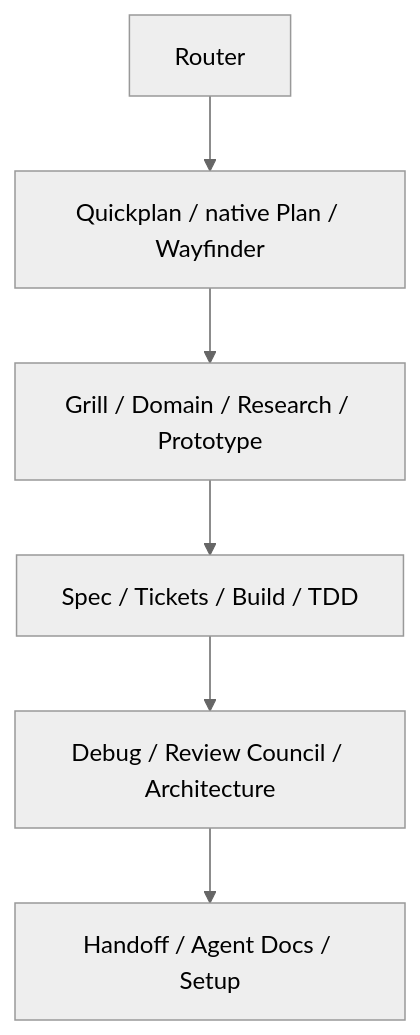
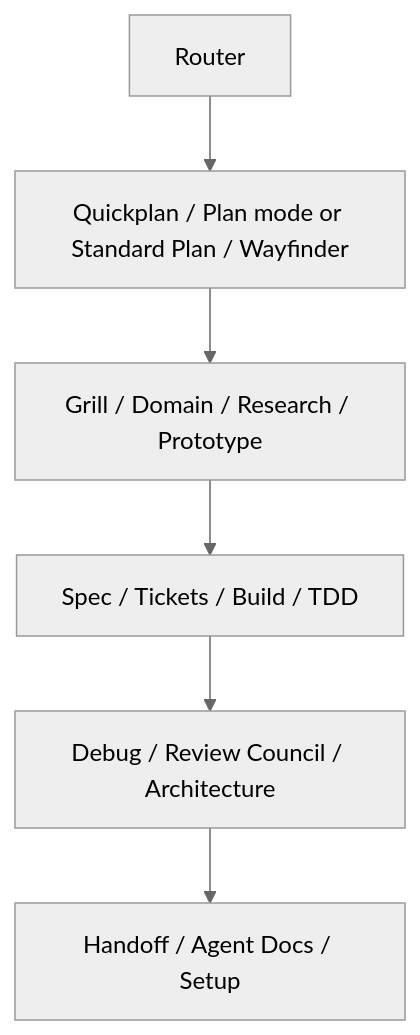
One commit to Mohammed-Moniem/codex-engineering-system changed the diagram in docs/ARCHITECTURE.md. Above: the diagram before and after it, drawn with Mermaid (neutral theme). The commit also changed 32 other files, not shown here.

````diff
--- a/docs/ARCHITECTURE.md
+++ b/docs/ARCHITECTURE.md
@@ -15,8 +15,8 @@
 ```mermaid
 flowchart TD
-    Router --> Planning["Quickplan / native Plan / Wayfinder"]
+    Router --> Planning["Quickplan / Plan mode or Standard Plan / Wayfinder"]
     Planning --> Discovery["Grill / Domain / Research / Prototype"]
     Discovery --> Delivery["Spec / Tickets / Build / TDD"]
     Delivery --> Quality["Debug / Review Council / Architecture"]
     Quality --> Session["Handoff / Agent Docs / Setup"]
 ```
````
